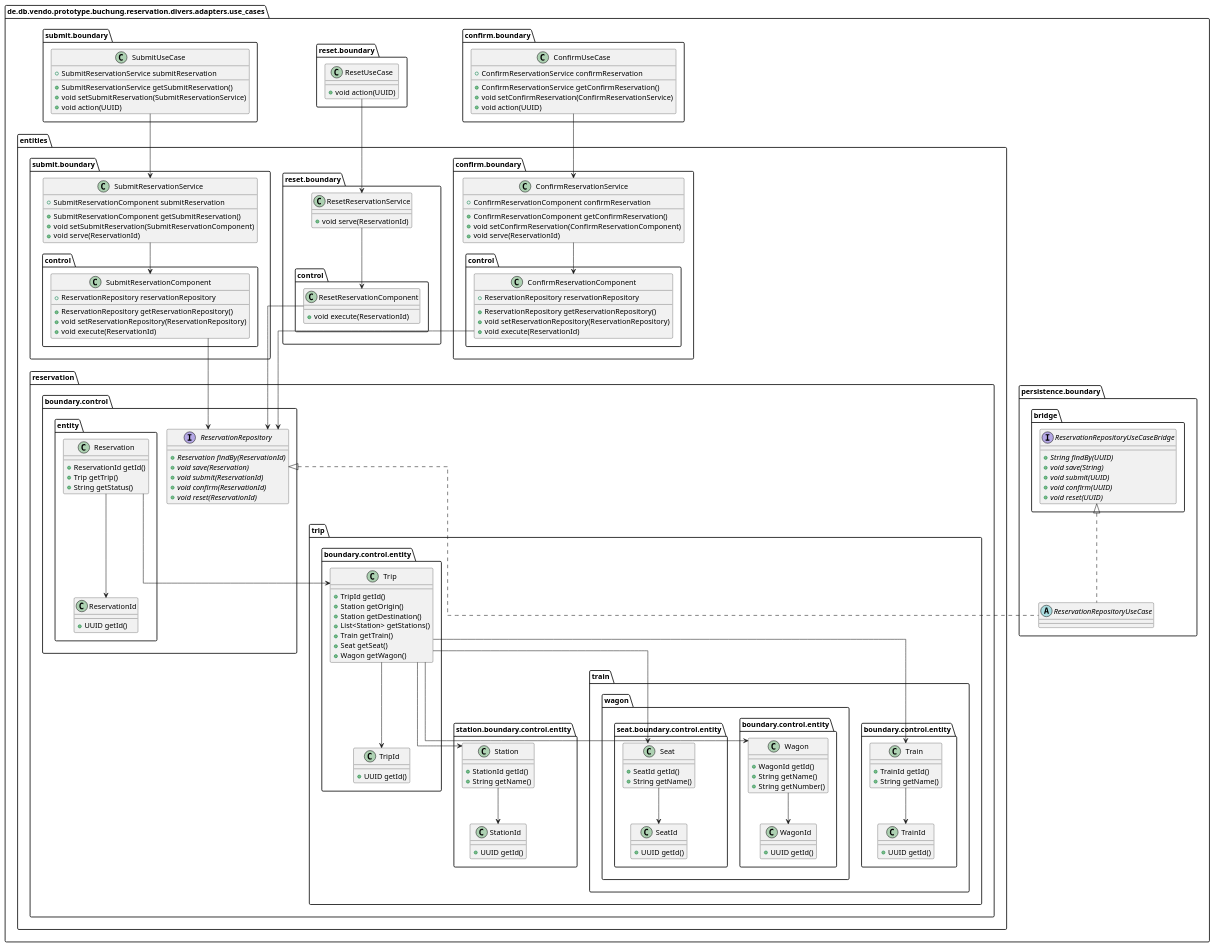
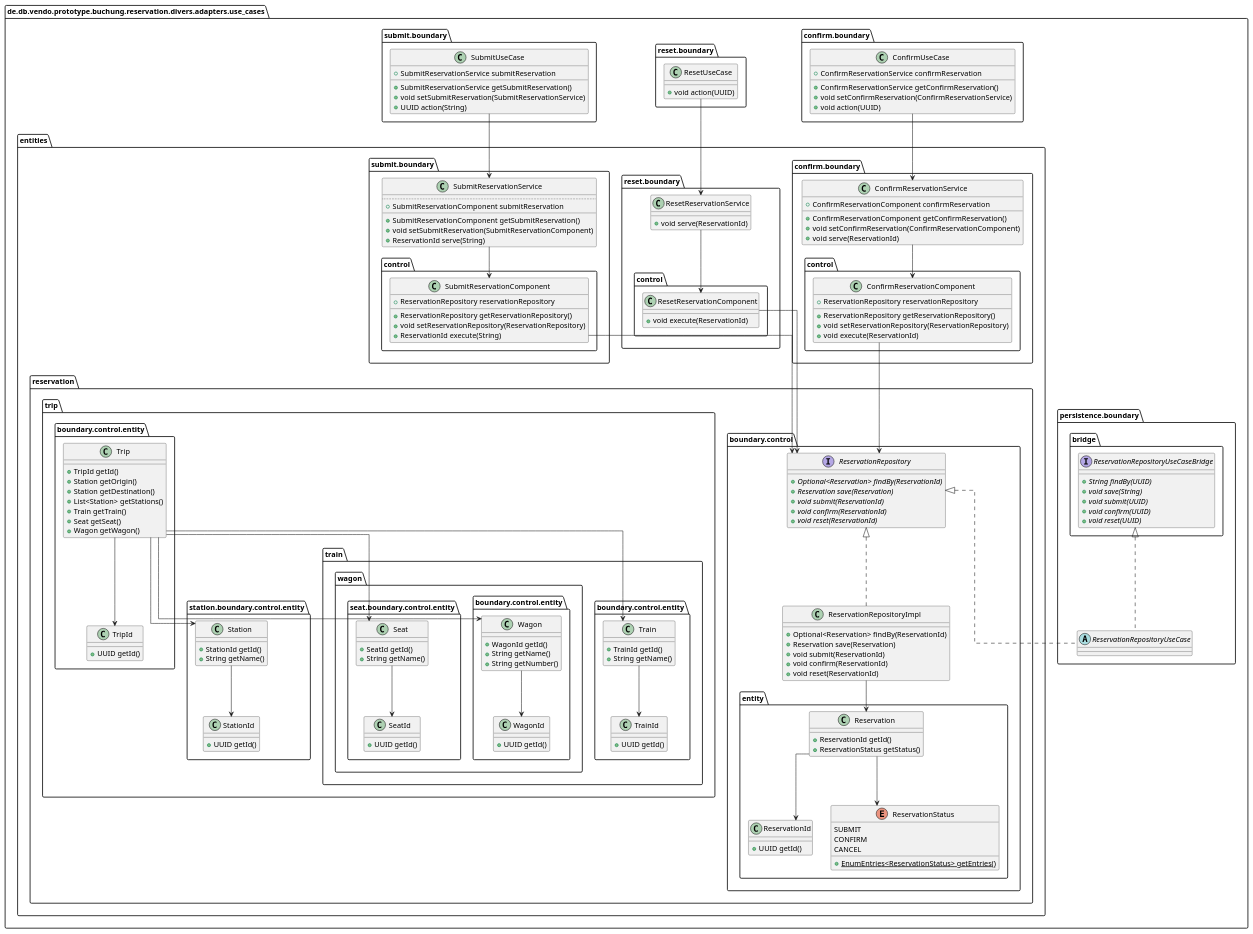
One commit to punkratz312/reservation-proto changed the diagram in doc/uml/puml/use_cases.puml. Above: the diagram before and after it, drawn with PlantUML. The commit also changed 20 other files, not shown here.

```diff
--- a/doc/uml/puml/use_cases.puml
+++ b/doc/uml/puml/use_cases.puml
@@ -1,144 +1,160 @@
 @startuml
 !pragma useIntermediatePackages false
 skinparam linetype ortho
 show stereotype
 
 class "ConfirmUseCase" as de.db.vendo.prototype.buchung.reservation.divers.adapters.use_cases.confirm.boundary.ConfirmUseCase {
   +ConfirmReservationService confirmReservation
   __
   +ConfirmReservationService getConfirmReservation()
   +void setConfirmReservation(ConfirmReservationService)
   +void action(UUID)
 }
 class "ConfirmReservationService" as de.db.vendo.prototype.buchung.reservation.divers.adapters.use_cases.entities.confirm.boundary.ConfirmReservationService {
   +ConfirmReservationComponent confirmReservation
   __
   +ConfirmReservationComponent getConfirmReservation()
   +void setConfirmReservation(ConfirmReservationComponent)
   +void serve(ReservationId)
 }
 class "ConfirmReservationComponent" as de.db.vendo.prototype.buchung.reservation.divers.adapters.use_cases.entities.confirm.boundary.control.ConfirmReservationComponent {
   +ReservationRepository reservationRepository
   __
   +ReservationRepository getReservationRepository()
   +void setReservationRepository(ReservationRepository)
   +void execute(ReservationId)
 }
 interface "ReservationRepository" as de.db.vendo.prototype.buchung.reservation.divers.adapters.use_cases.entities.reservation.boundary.control.ReservationRepository {
-  + {abstract}Reservation findBy(ReservationId)
-  + {abstract}void save(Reservation)
+  + {abstract}Optional<Reservation> findBy(ReservationId)
+  + {abstract}Reservation save(Reservation)
   + {abstract}void submit(ReservationId)
   + {abstract}void confirm(ReservationId)
   + {abstract}void reset(ReservationId)
 }
+class "ReservationRepositoryImpl" as de.db.vendo.prototype.buchung.reservation.divers.adapters.use_cases.entities.reservation.boundary.control.ReservationRepositoryImpl {
+  +Optional<Reservation> findBy(ReservationId)
+  +Reservation save(Reservation)
+  +void submit(ReservationId)
+  +void confirm(ReservationId)
+  +void reset(ReservationId)
+}
 class "Reservation" as de.db.vendo.prototype.buchung.reservation.divers.adapters.use_cases.entities.reservation.boundary.control.entity.Reservation {
   +ReservationId getId()
-  +Trip getTrip()
-  +String getStatus()
+  +ReservationStatus getStatus()
 }
 class "ReservationId" as de.db.vendo.prototype.buchung.reservation.divers.adapters.use_cases.entities.reservation.boundary.control.entity.ReservationId {
   +UUID getId()
+}
+enum "ReservationStatus" as de.db.vendo.prototype.buchung.reservation.divers.adapters.use_cases.entities.reservation.boundary.control.entity.ReservationStatus {
+  SUBMIT
+  CONFIRM
+  CANCEL
+  __
+  + {static}EnumEntries<ReservationStatus> getEntries()
 }
 class "Trip" as de.db.vendo.prototype.buchung.reservation.divers.adapters.use_cases.entities.reservation.trip.boundary.control.entity.Trip {
   +TripId getId()
   +Station getOrigin()
   +Station getDestination()
   +List<Station> getStations()
   +Train getTrain()
   +Seat getSeat()
   +Wagon getWagon()
 }
 class "TripId" as de.db.vendo.prototype.buchung.reservation.divers.adapters.use_cases.entities.reservation.trip.boundary.control.entity.TripId {
   +UUID getId()
 }
 class "Station" as de.db.vendo.prototype.buchung.reservation.divers.adapters.use_cases.entities.reservation.trip.station.boundary.control.entity.Station {
   +StationId getId()
   +String getName()
 }
 class "StationId" as de.db.vendo.prototype.buchung.reservation.divers.adapters.use_cases.entities.reservation.trip.station.boundary.control.entity.StationId {
   +UUID getId()
 }
 class "Train" as de.db.vendo.prototype.buchung.reservation.divers.adapters.use_cases.entities.reservation.trip.train.boundary.control.entity.Train {
   +TrainId getId()
   +String getName()
 }
 class "TrainId" as de.db.vendo.prototype.buchung.reservation.divers.adapters.use_cases.entities.reservation.trip.train.boundary.control.entity.TrainId {
   +UUID getId()
 }
 class "Wagon" as de.db.vendo.prototype.buchung.reservation.divers.adapters.use_cases.entities.reservation.trip.train.wagon.boundary.control.entity.Wagon {
   +WagonId getId()
   +String getName()
   +String getNumber()
 }
 class "WagonId" as de.db.vendo.prototype.buchung.reservation.divers.adapters.use_cases.entities.reservation.trip.train.wagon.boundary.control.entity.WagonId {
   +UUID getId()
 }
 class "Seat" as de.db.vendo.prototype.buchung.reservation.divers.adapters.use_cases.entities.reservation.trip.train.wagon.seat.boundary.control.entity.Seat {
   +SeatId getId()
   +String getName()
 }
 class "SeatId" as de.db.vendo.prototype.buchung.reservation.divers.adapters.use_cases.entities.reservation.trip.train.wagon.seat.boundary.control.entity.SeatId {
   +UUID getId()
 }
 class "ResetReservationService" as de.db.vendo.prototype.buchung.reservation.divers.adapters.use_cases.entities.reset.boundary.ResetReservationService {
   +void serve(ReservationId)
 }
 class "ResetReservationComponent" as de.db.vendo.prototype.buchung.reservation.divers.adapters.use_cases.entities.reset.boundary.control.ResetReservationComponent {
   +void execute(ReservationId)
 }
 class "SubmitReservationService" as de.db.vendo.prototype.buchung.reservation.divers.adapters.use_cases.entities.submit.boundary.SubmitReservationService {
+  ..
   +SubmitReservationComponent submitReservation
   __
   +SubmitReservationComponent getSubmitReservation()
   +void setSubmitReservation(SubmitReservationComponent)
-  +void serve(ReservationId)
+  +ReservationId serve(String)
 }
 class "SubmitReservationComponent" as de.db.vendo.prototype.buchung.reservation.divers.adapters.use_cases.entities.submit.boundary.control.SubmitReservationComponent {
   +ReservationRepository reservationRepository
   __
   +ReservationRepository getReservationRepository()
   +void setReservationRepository(ReservationRepository)
-  +void execute(ReservationId)
+  +ReservationId execute(String)
 }
 abstract class "ReservationRepositoryUseCase" as de.db.vendo.prototype.buchung.reservation.divers.adapters.use_cases.persistence.boundary.ReservationRepositoryUseCase {
 }
 interface "ReservationRepositoryUseCaseBridge" as de.db.vendo.prototype.buchung.reservation.divers.adapters.use_cases.persistence.boundary.bridge.ReservationRepositoryUseCaseBridge {
   + {abstract}String findBy(UUID)
   + {abstract}void save(String)
   + {abstract}void submit(UUID)
   + {abstract}void confirm(UUID)
   + {abstract}void reset(UUID)
 }
 class "ResetUseCase" as de.db.vendo.prototype.buchung.reservation.divers.adapters.use_cases.reset.boundary.ResetUseCase {
   +void action(UUID)
 }
 class "SubmitUseCase" as de.db.vendo.prototype.buchung.reservation.divers.adapters.use_cases.submit.boundary.SubmitUseCase {
   +SubmitReservationService submitReservation
   __
   +SubmitReservationService getSubmitReservation()
   +void setSubmitReservation(SubmitReservationService)
-  +void action(UUID)
+  +UUID action(String)
 }
 de.db.vendo.prototype.buchung.reservation.divers.adapters.use_cases.confirm.boundary.ConfirmUseCase --> de.db.vendo.prototype.buchung.reservation.divers.adapters.use_cases.entities.confirm.boundary.ConfirmReservationService
 de.db.vendo.prototype.buchung.reservation.divers.adapters.use_cases.entities.confirm.boundary.ConfirmReservationService --> de.db.vendo.prototype.buchung.reservation.divers.adapters.use_cases.entities.confirm.boundary.control.ConfirmReservationComponent
 de.db.vendo.prototype.buchung.reservation.divers.adapters.use_cases.entities.confirm.boundary.control.ConfirmReservationComponent --> de.db.vendo.prototype.buchung.reservation.divers.adapters.use_cases.entities.reservation.boundary.control.ReservationRepository
-de.db.vendo.prototype.buchung.reservation.divers.adapters.use_cases.entities.reservation.boundary.control.entity.Reservation --> de.db.vendo.prototype.buchung.reservation.divers.adapters.use_cases.entities.reservation.trip.boundary.control.entity.Trip
+de.db.vendo.prototype.buchung.reservation.divers.adapters.use_cases.entities.reservation.boundary.control.ReservationRepositoryImpl .u.|> de.db.vendo.prototype.buchung.reservation.divers.adapters.use_cases.entities.reservation.boundary.control.ReservationRepository
+de.db.vendo.prototype.buchung.reservation.divers.adapters.use_cases.entities.reservation.boundary.control.ReservationRepositoryImpl --> de.db.vendo.prototype.buchung.reservation.divers.adapters.use_cases.entities.reservation.boundary.control.entity.Reservation
 de.db.vendo.prototype.buchung.reservation.divers.adapters.use_cases.entities.reservation.boundary.control.entity.Reservation --> de.db.vendo.prototype.buchung.reservation.divers.adapters.use_cases.entities.reservation.boundary.control.entity.ReservationId
+de.db.vendo.prototype.buchung.reservation.divers.adapters.use_cases.entities.reservation.boundary.control.entity.Reservation --> de.db.vendo.prototype.buchung.reservation.divers.adapters.use_cases.entities.reservation.boundary.control.entity.ReservationStatus
 de.db.vendo.prototype.buchung.reservation.divers.adapters.use_cases.entities.reservation.trip.boundary.control.entity.Trip --> de.db.vendo.prototype.buchung.reservation.divers.adapters.use_cases.entities.reservation.trip.boundary.control.entity.TripId
 de.db.vendo.prototype.buchung.reservation.divers.adapters.use_cases.entities.reservation.trip.boundary.control.entity.Trip --> de.db.vendo.prototype.buchung.reservation.divers.adapters.use_cases.entities.reservation.trip.station.boundary.control.entity.Station
 de.db.vendo.prototype.buchung.reservation.divers.adapters.use_cases.entities.reservation.trip.boundary.control.entity.Trip --> de.db.vendo.prototype.buchung.reservation.divers.adapters.use_cases.entities.reservation.trip.train.wagon.seat.boundary.control.entity.Seat
 de.db.vendo.prototype.buchung.reservation.divers.adapters.use_cases.entities.reservation.trip.boundary.control.entity.Trip --> de.db.vendo.prototype.buchung.reservation.divers.adapters.use_cases.entities.reservation.trip.train.boundary.control.entity.Train
 de.db.vendo.prototype.buchung.reservation.divers.adapters.use_cases.entities.reservation.trip.boundary.control.entity.Trip --> de.db.vendo.prototype.buchung.reservation.divers.adapters.use_cases.entities.reservation.trip.train.wagon.boundary.control.entity.Wagon
 de.db.vendo.prototype.buchung.reservation.divers.adapters.use_cases.entities.reservation.trip.station.boundary.control.entity.Station --> de.db.vendo.prototype.buchung.reservation.divers.adapters.use_cases.entities.reservation.trip.station.boundary.control.entity.StationId
 de.db.vendo.prototype.buchung.reservation.divers.adapters.use_cases.entities.reservation.trip.train.boundary.control.entity.Train --> de.db.vendo.prototype.buchung.reservation.divers.adapters.use_cases.entities.reservation.trip.train.boundary.control.entity.TrainId
 de.db.vendo.prototype.buchung.reservation.divers.adapters.use_cases.entities.reservation.trip.train.wagon.boundary.control.entity.Wagon --> de.db.vendo.prototype.buchung.reservation.divers.adapters.use_cases.entities.reservation.trip.train.wagon.boundary.control.entity.WagonId
 de.db.vendo.prototype.buchung.reservation.divers.adapters.use_cases.entities.reservation.trip.train.wagon.seat.boundary.control.entity.Seat --> de.db.vendo.prototype.buchung.reservation.divers.adapters.use_cases.entities.reservation.trip.train.wagon.seat.boundary.control.entity.SeatId
 de.db.vendo.prototype.buchung.reservation.divers.adapters.use_cases.entities.reset.boundary.ResetReservationService --> de.db.vendo.prototype.buchung.reservation.divers.adapters.use_cases.entities.reset.boundary.control.ResetReservationComponent
 de.db.vendo.prototype.buchung.reservation.divers.adapters.use_cases.entities.reset.boundary.control.ResetReservationComponent --> de.db.vendo.prototype.buchung.reservation.divers.adapters.use_cases.entities.reservation.boundary.control.ReservationRepository
 de.db.vendo.prototype.buchung.reservation.divers.adapters.use_cases.entities.submit.boundary.SubmitReservationService --> de.db.vendo.prototype.buchung.reservation.divers.adapters.use_cases.entities.submit.boundary.control.SubmitReservationComponent
 de.db.vendo.prototype.buchung.reservation.divers.adapters.use_cases.entities.submit.boundary.control.SubmitReservationComponent --> de.db.vendo.prototype.buchung.reservation.divers.adapters.use_cases.entities.reservation.boundary.control.ReservationRepository
 de.db.vendo.prototype.buchung.reservation.divers.adapters.use_cases.persistence.boundary.ReservationRepositoryUseCase .u.|> de.db.vendo.prototype.buchung.reservation.divers.adapters.use_cases.entities.reservation.boundary.control.ReservationRepository
 de.db.vendo.prototype.buchung.reservation.divers.adapters.use_cases.persistence.boundary.ReservationRepositoryUseCase .u.|> de.db.vendo.prototype.buchung.reservation.divers.adapters.use_cases.persistence.boundary.bridge.ReservationRepositoryUseCaseBridge
 de.db.vendo.prototype.buchung.reservation.divers.adapters.use_cases.reset.boundary.ResetUseCase --> de.db.vendo.prototype.buchung.reservation.divers.adapters.use_cases.entities.reset.boundary.ResetReservationService
 de.db.vendo.prototype.buchung.reservation.divers.adapters.use_cases.submit.boundary.SubmitUseCase --> de.db.vendo.prototype.buchung.reservation.divers.adapters.use_cases.entities.submit.boundary.SubmitReservationService
 @enduml
```
